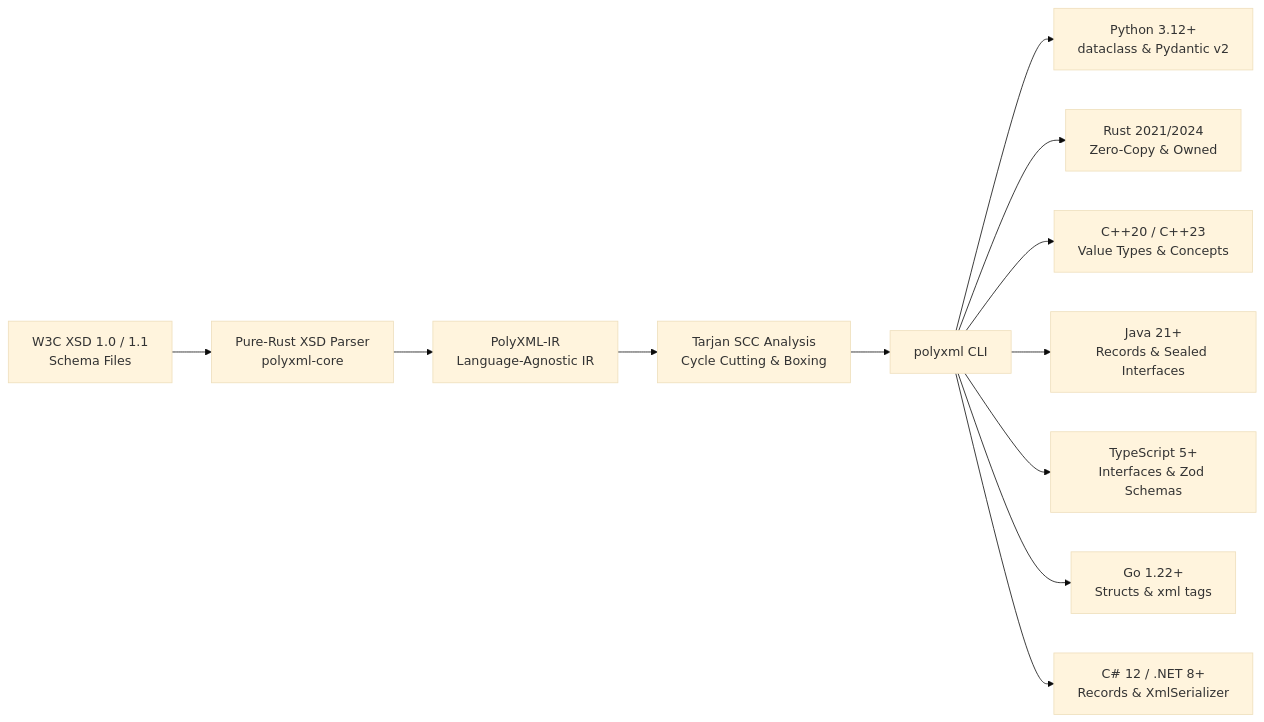
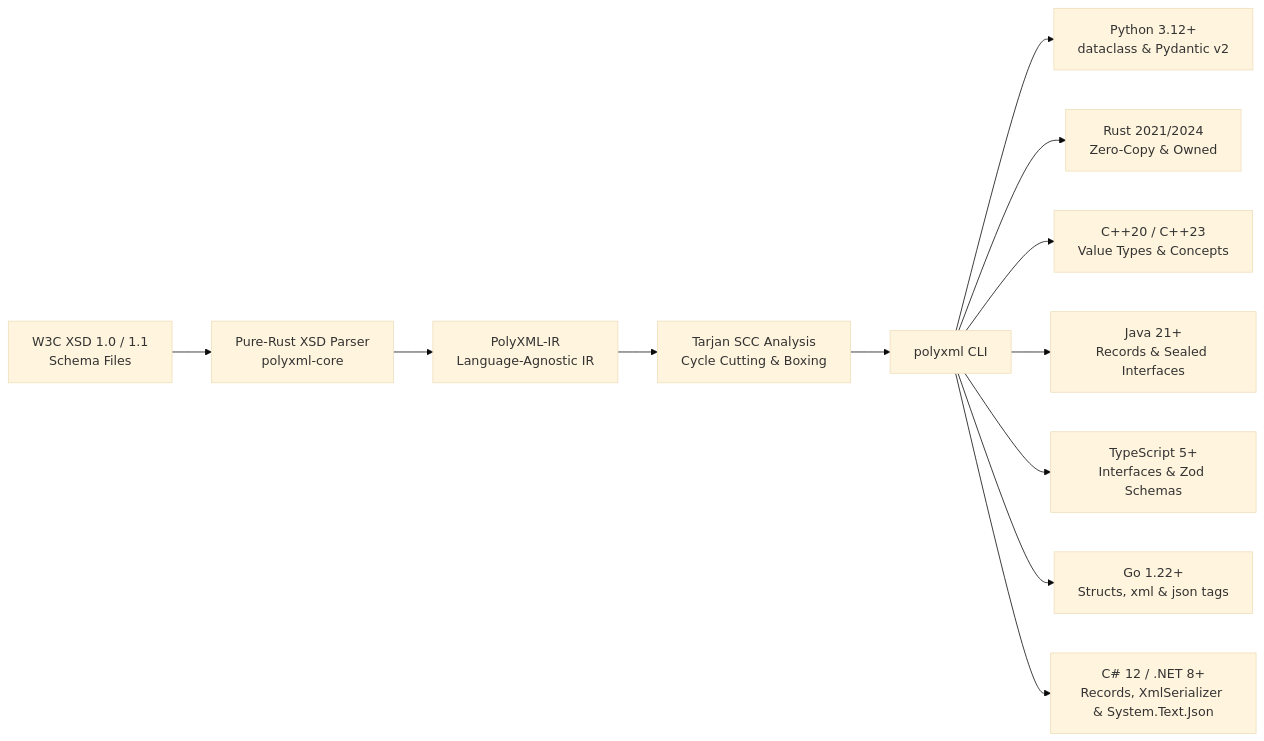
One commit to nth-bailey/PolyXML changed the first of 2 diagrams in docs/index.md. Above: the diagram before and after it, drawn with Mermaid (base theme). The commit also changed other lines of this file and 7 other files, not shown here.

Commit message:
docs: showcase dual-format XML ↔ JSON transcoder and CLI in README and docs

````diff
--- a/docs/index.md
+++ b/docs/index.md
@@ -71,14 +72,14 @@
 ```mermaid
 flowchart LR
     XSD[W3C XSD 1.0 / 1.1<br/>Schema Files] --> PARSER[Pure-Rust XSD Parser<br/>polyxml-core]
     PARSER --> IR[PolyXML-IR<br/>Language-Agnostic IR]
     IR --> TARJAN[Tarjan SCC Analysis<br/>Cycle Cutting & Boxing]
     TARJAN --> CLI[polyxml CLI]
     CLI --> PY[Python 3.12+<br/>dataclass & Pydantic v2]
     CLI --> RS[Rust 2021/2024<br/>Zero-Copy & Owned]
     CLI --> CPP2[C++20 / C++23<br/>Value Types & Concepts]
     CLI --> JV[Java 21+<br/>Records & Sealed Interfaces]
     CLI --> TS2[TypeScript 5+<br/>Interfaces & Zod Schemas]
-    CLI --> GO2[Go 1.22+<br/>Structs & xml tags]
-    CLI --> CS[C# 12 / .NET 8+<br/>Records & XmlSerializer]
+    CLI --> GO2[Go 1.22+<br/>Structs, xml & json tags]
+    CLI --> CS[C# 12 / .NET 8+<br/>Records, XmlSerializer & System.Text.Json]
 ```
````
